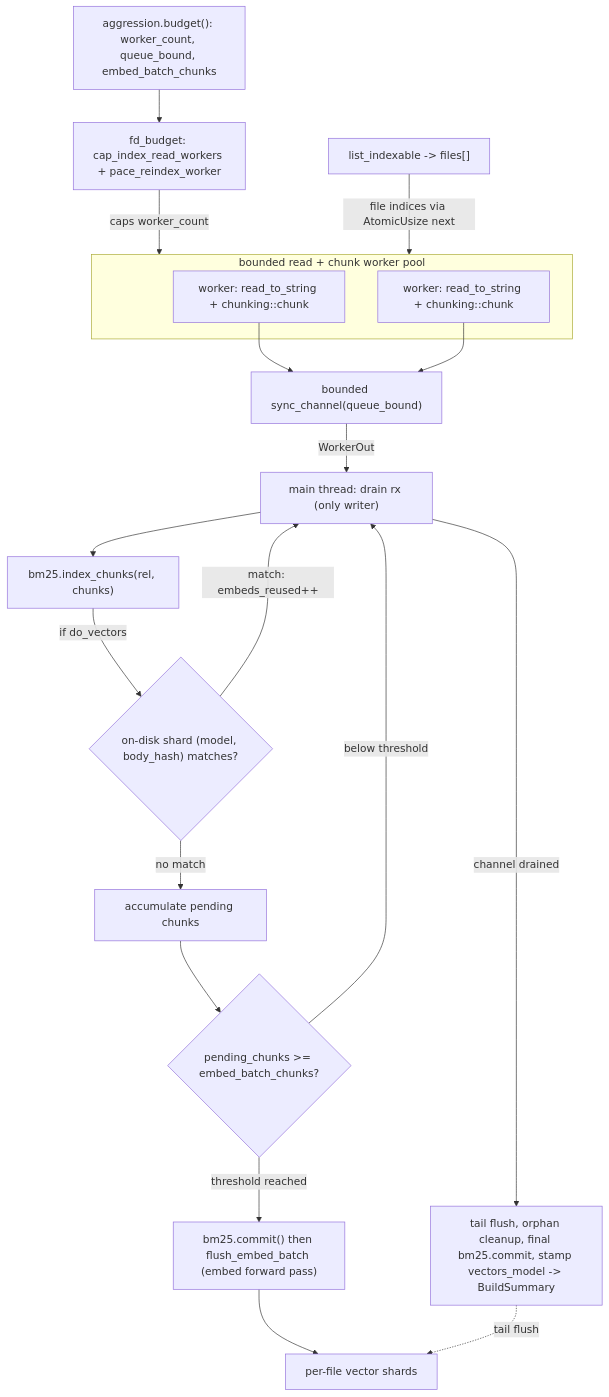
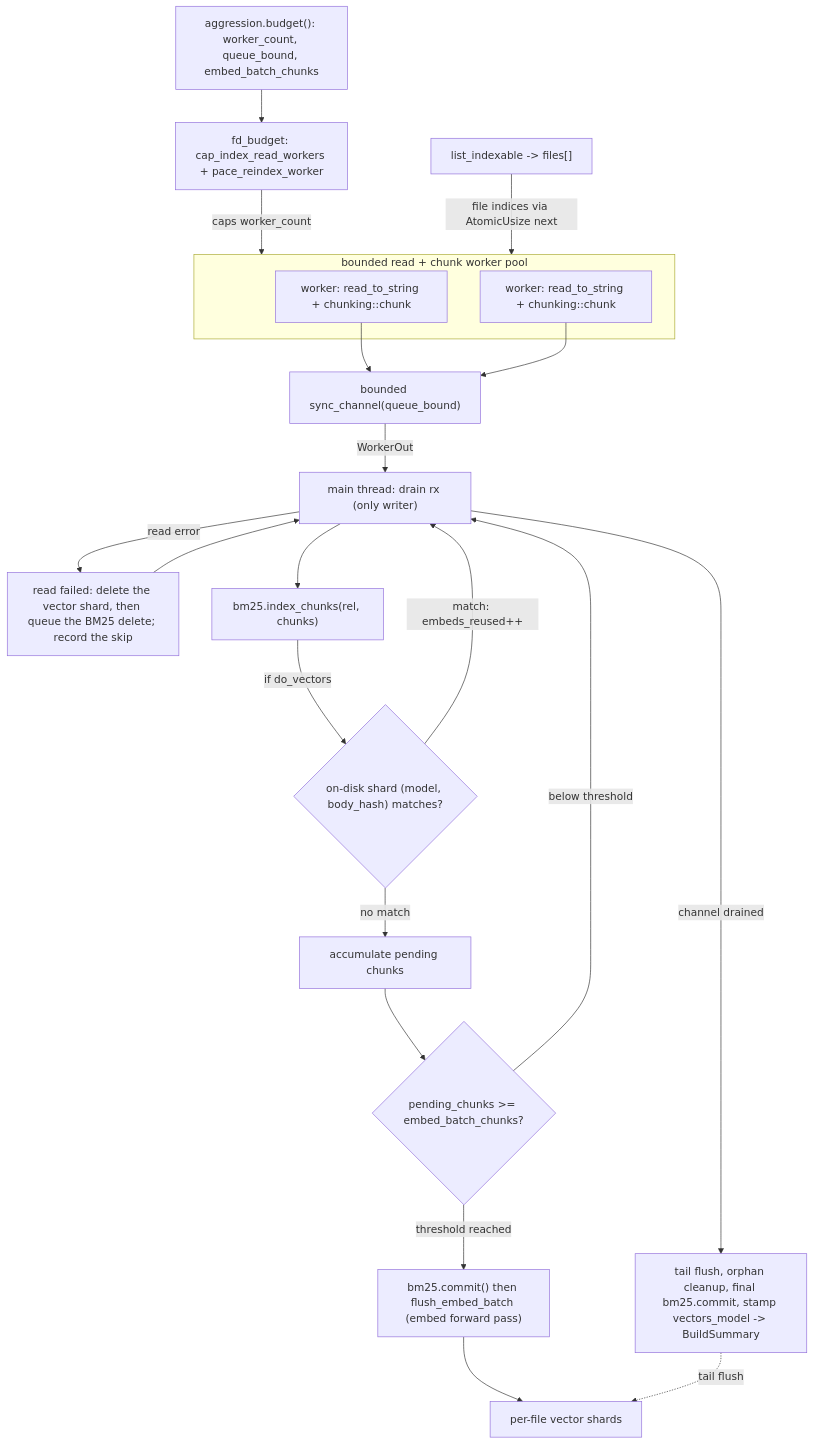
Before and after one commit to fiorix/chan: the second of 4 diagrams in crates/chan-workspace/design.md, drawn with Mermaid. The commit also changed other lines of this file and 6 other files, not shown here.

````diff
--- a/crates/chan-workspace/design.md
+++ b/crates/chan-workspace/design.md
@@ -225,36 +227,39 @@
 ```mermaid
 flowchart TB
   Files["list_indexable -> files[]"]
   Budget["aggression.budget(): worker_count, queue_bound, embed_batch_chunks"]
   Fd["fd_budget: cap_index_read_workers + pace_reindex_worker"]
   Ch["bounded sync_channel(queue_bound)"]
   subgraph Pool["bounded read + chunk worker pool"]
     W1["worker: read_to_string + chunking::chunk"]
     W2["worker: read_to_string + chunking::chunk"]
   end
   Drain["main thread: drain rx (only writer)"]
+  Forget["read failed: delete the vector shard, then queue the BM25 delete; record the skip"]
   Bm25["bm25.index_chunks(rel, chunks)"]
   Skip{"on-disk shard (model, body_hash) matches?"}
   Pend["accumulate pending chunks"]
   Flush{"pending_chunks >= embed_batch_chunks?"}
   Commit["bm25.commit() then flush_embed_batch (embed forward pass)"]
   Shards["per-file vector shards"]
   Final["tail flush, orphan cleanup, final bm25.commit, stamp vectors_model -> BuildSummary"]
 
   Budget --> Fd
   Fd -->|"caps worker_count"| Pool
   Files -->|"file indices via AtomicUsize next"| Pool
   W1 --> Ch
   W2 --> Ch
   Ch -->|"WorkerOut"| Drain
+  Drain -->|"read error"| Forget
+  Forget --> Drain
   Drain --> Bm25
   Bm25 -->|"if do_vectors"| Skip
   Skip -->|"match: embeds_reused++"| Drain
   Skip -->|"no match"| Pend
   Pend --> Flush
   Flush -->|"below threshold"| Drain
   Flush -->|"threshold reached"| Commit
   Commit --> Shards
   Drain -->|"channel drained"| Final
   Final -.->|"tail flush"| Shards
 ```
````
